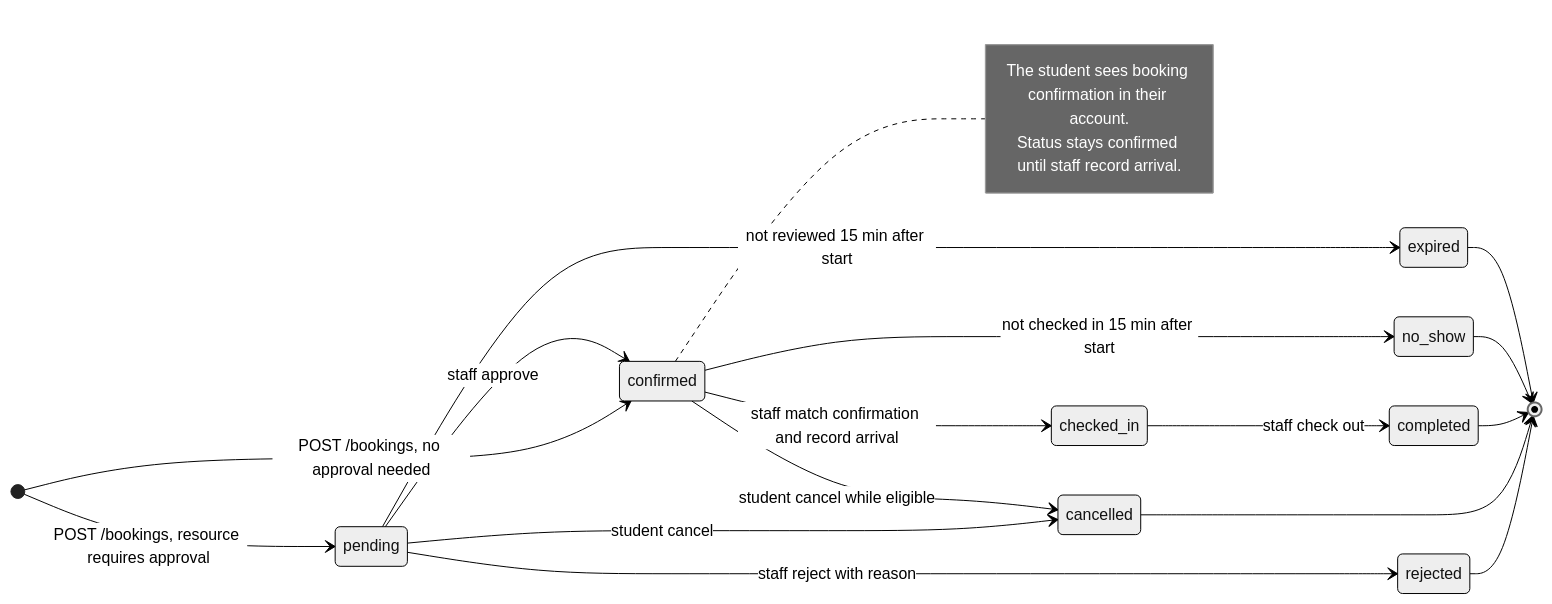
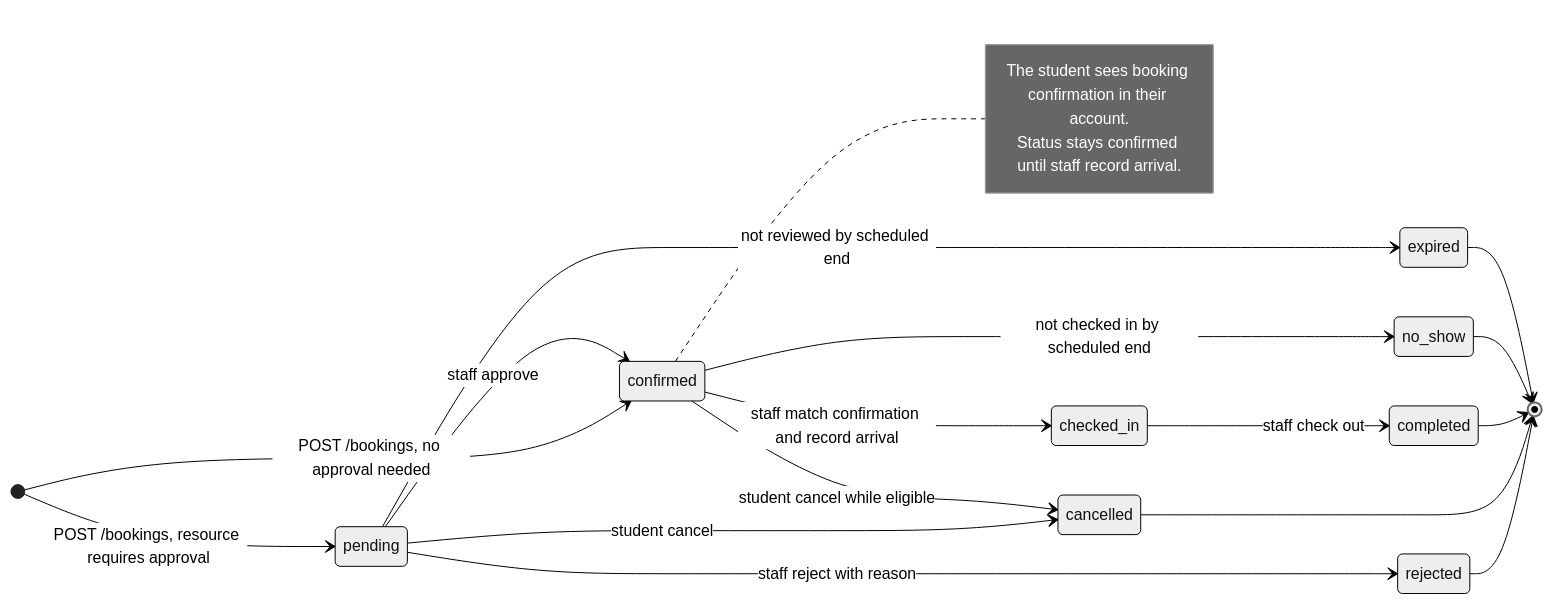
The fourth of 10 diagrams in docs/ARCHITECTURE.md (Nam-Antoine/campus-resource-booking), drawn with Mermaid (neutral theme) before and after one commit. The commit also changed other lines of this file and 37 other files, not shown here.

````diff
--- a/docs/ARCHITECTURE.md
+++ b/docs/ARCHITECTURE.md
@@ -177,28 +177,28 @@
 ```mermaid
 stateDiagram-v2
     direction LR
     [*] --> pending: POST /bookings, resource requires approval
     [*] --> confirmed: POST /bookings, no approval needed
 
     pending --> confirmed: staff approve
     pending --> rejected: staff reject with reason
     pending --> cancelled: student cancel
-    pending --> expired: not reviewed 15 min after start
+    pending --> expired: not reviewed by scheduled end
 
     confirmed --> checked_in: staff match confirmation and record arrival
-    confirmed --> no_show: not checked in 15 min after start
+    confirmed --> no_show: not checked in by scheduled end
     confirmed --> cancelled: student cancel while eligible
 
     checked_in --> completed: staff check out
 
     rejected --> [*]
     cancelled --> [*]
     completed --> [*]
     no_show --> [*]
     expired --> [*]
 
     note right of confirmed
         The student sees booking confirmation in their account.
         Status stays confirmed until staff record arrival.
     end note
 ```
````
